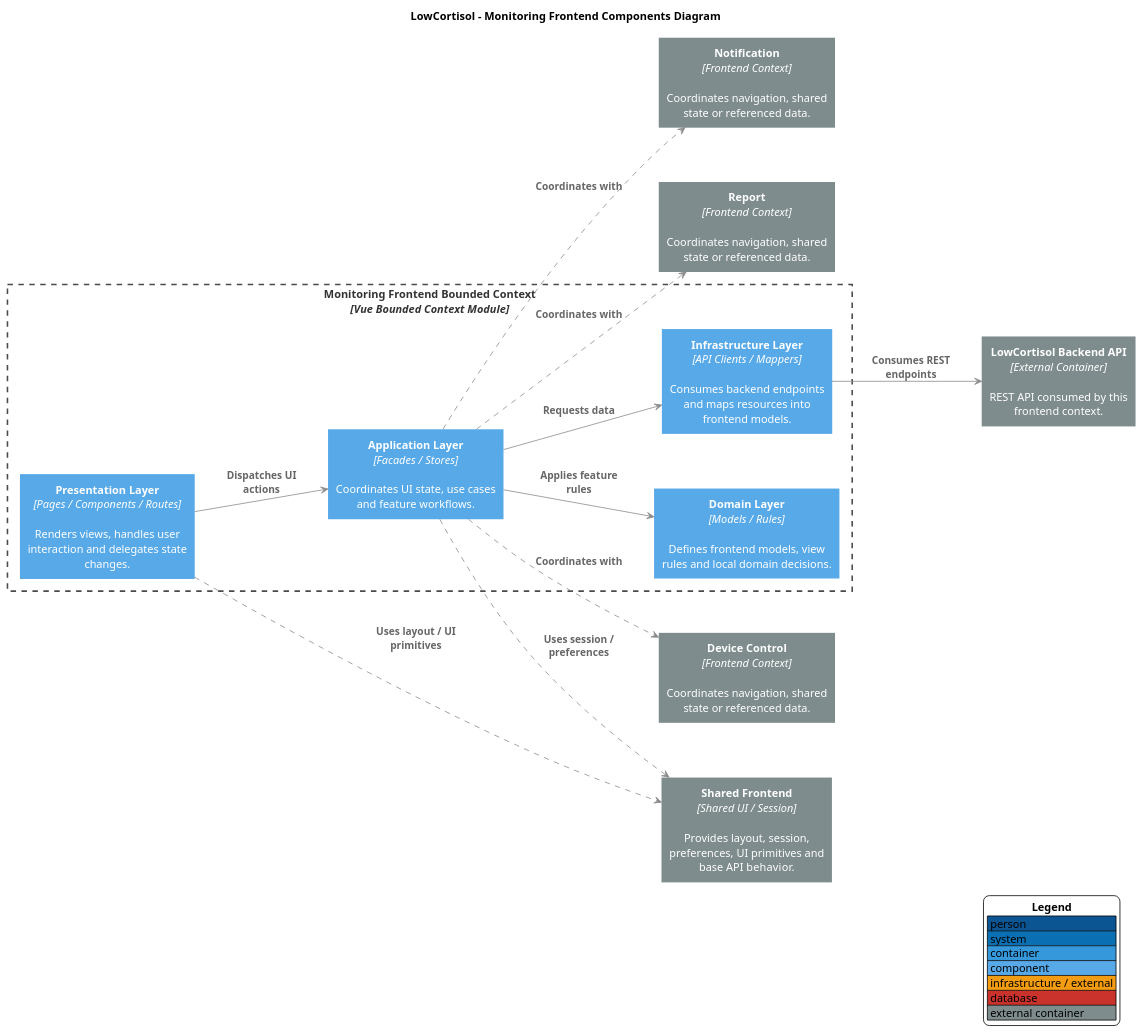
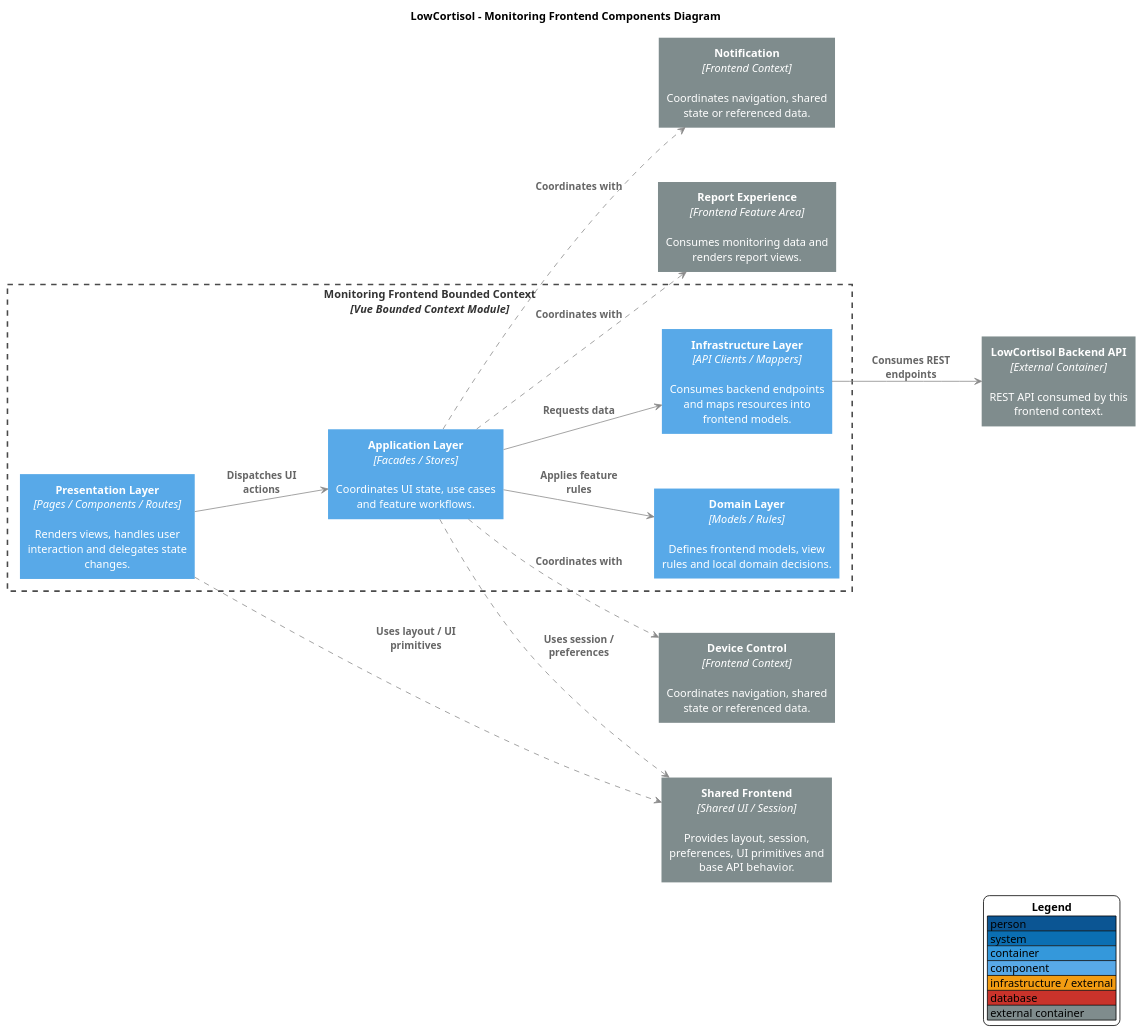
The diagram in docs/diagrams/components/frontend/bounded-contexts/monitoring-frontend-components.puml (upc-pre-202610-1asi0730-12144-flowalert/lowcortisol-report), drawn with PlantUML before and after one commit. The commit also changed 51 other files, not shown here.

Commit message:
docs: align report diagrams with implemented bounded contexts

```diff
--- a/docs/diagrams/components/frontend/bounded-contexts/monitoring-frontend-components.puml
+++ b/docs/diagrams/components/frontend/bounded-contexts/monitoring-frontend-components.puml
@@ -1,93 +1,93 @@
 @startuml
 skinparam backgroundColor #FFFFFF
 skinparam shadowing false
 skinparam defaultFontName Arial
 skinparam defaultTextAlignment center
 skinparam wrapWidth 220
 skinparam maxMessageSize 130
 skinparam nodesep 70
 skinparam ranksep 80
 skinparam ArrowColor #8A8A8A
 skinparam ArrowFontColor #666666
 skinparam ArrowFontStyle bold
 skinparam ArrowThickness 1
 skinparam rectangleRoundCorner 0
 skinparam rectangleBorderThickness 0
 skinparam rectangleFontColor #FFFFFF
 skinparam rectangleFontStyle plain
 skinparam rectangle {
   BorderThickness 0
   MinimumWidth 190
   Padding 12
 }
 skinparam database {
   MinimumWidth 210
   Padding 12
 }
 skinparam rectangle<<SystemBoundary>> {
   BackgroundColor transparent
   BorderColor #4A4A4A
   BorderThickness 2
   BorderStyle dashed
   FontColor #333333
   FontStyle bold
   MinimumWidth 760
   Padding 18
 }
 skinparam rectangle<<BoundedContext>> {
   BackgroundColor transparent
   BorderColor #4A4A4A
   BorderThickness 2
   BorderStyle dashed
   FontColor #333333
   FontStyle bold
   MinimumWidth 760
   Padding 18
 }
 skinparam databaseBackgroundColor #C9332B
 skinparam databaseBorderColor #C9332B
 skinparam databaseFontColor #FFFFFF
 skinparam databaseFontStyle plain
 hide stereotype
 left to right direction
 
 title LowCortisol - Monitoring Frontend Components Diagram
 
 rectangle "<b>Monitoring Frontend Bounded Context</b>\n<i>[Vue Bounded Context Module]</i>" <<BoundedContext>> {
   rectangle "<b>Presentation Layer</b>\n<i>[Pages / Components / Routes]</i>\n\nRenders views, handles user interaction and delegates state changes." as Presentation #58A9E8
   rectangle "<b>Application Layer</b>\n<i>[Facades / Stores]</i>\n\nCoordinates UI state, use cases and feature workflows." as Application #58A9E8
   rectangle "<b>Domain Layer</b>\n<i>[Models / Rules]</i>\n\nDefines frontend models, view rules and local domain decisions." as Domain #58A9E8
   rectangle "<b>Infrastructure Layer</b>\n<i>[API Clients / Mappers]</i>\n\nConsumes backend endpoints and maps resources into frontend models." as Infrastructure #58A9E8
 }
 rectangle "<b>LowCortisol Backend API</b>\n<i>[External Container]</i>\n\nREST API consumed by this frontend context." as Backend #7F8C8D
 rectangle "<b>Shared Frontend</b>\n<i>[Shared UI / Session]</i>\n\nProvides layout, session, preferences, UI primitives and base API behavior." as Shared #7F8C8D
 rectangle "<b>Device Control</b>\n<i>[Frontend Context]</i>\n\nCoordinates navigation, shared state or referenced data." as Dep0 #7F8C8D
 rectangle "<b>Notification</b>\n<i>[Frontend Context]</i>\n\nCoordinates navigation, shared state or referenced data." as Dep1 #7F8C8D
-rectangle "<b>Report</b>\n<i>[Frontend Context]</i>\n\nCoordinates navigation, shared state or referenced data." as Dep2 #7F8C8D
+rectangle "<b>Report Experience</b>\n<i>[Frontend Feature Area]</i>\n\nConsumes monitoring data and renders report views." as Dep2 #7F8C8D
 
 Presentation --> Application : Dispatches UI actions
 Application --> Domain : Applies feature rules
 Application --> Infrastructure : Requests data
 Infrastructure --> Backend : Consumes REST endpoints
 Presentation ..> Shared : Uses layout / UI primitives
 Application ..> Shared : Uses session / preferences
 Application ..> Dep0 : Coordinates with
 Application ..> Dep1 : Coordinates with
 Application ..> Dep2 : Coordinates with
 
 Presentation -[hidden]right- Application
 Application -[hidden]right- Domain
 Domain -[hidden]right- Infrastructure
 
 legend right
   <b>Legend</b>
   |<#0B5593> person |
   |<#0B6FB3> system |
   |<#3498DB> container |
   |<#58A9E8> component |
   |<#F39C12> infrastructure / external |
   |<#C9332B> database |
   |<#7F8C8D> external container |
 endlegend
 
 @enduml
```
